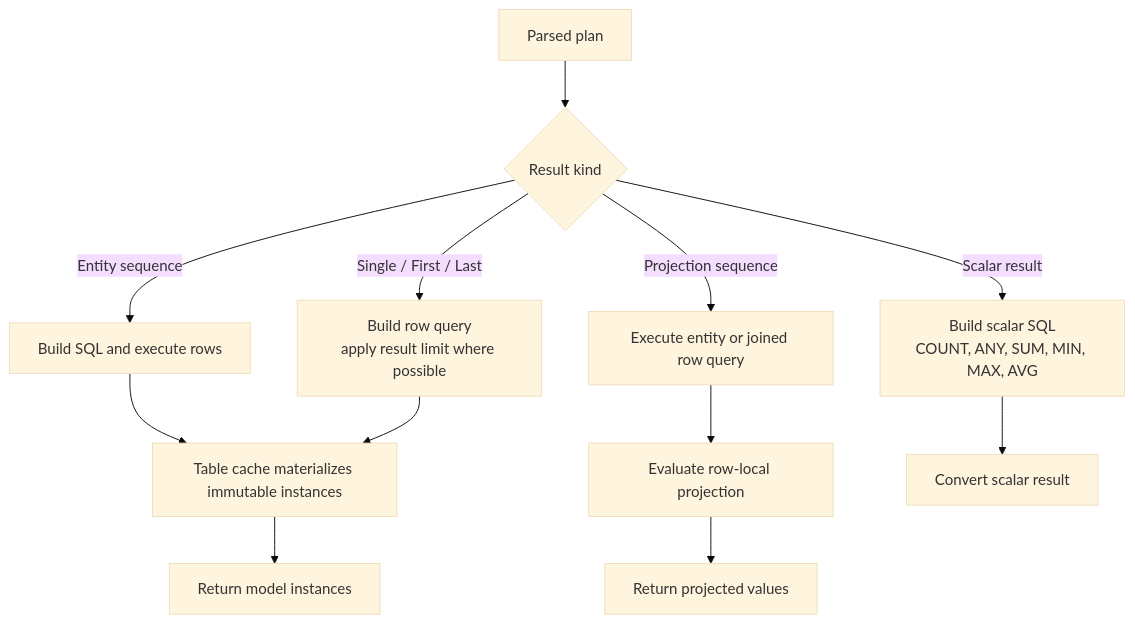
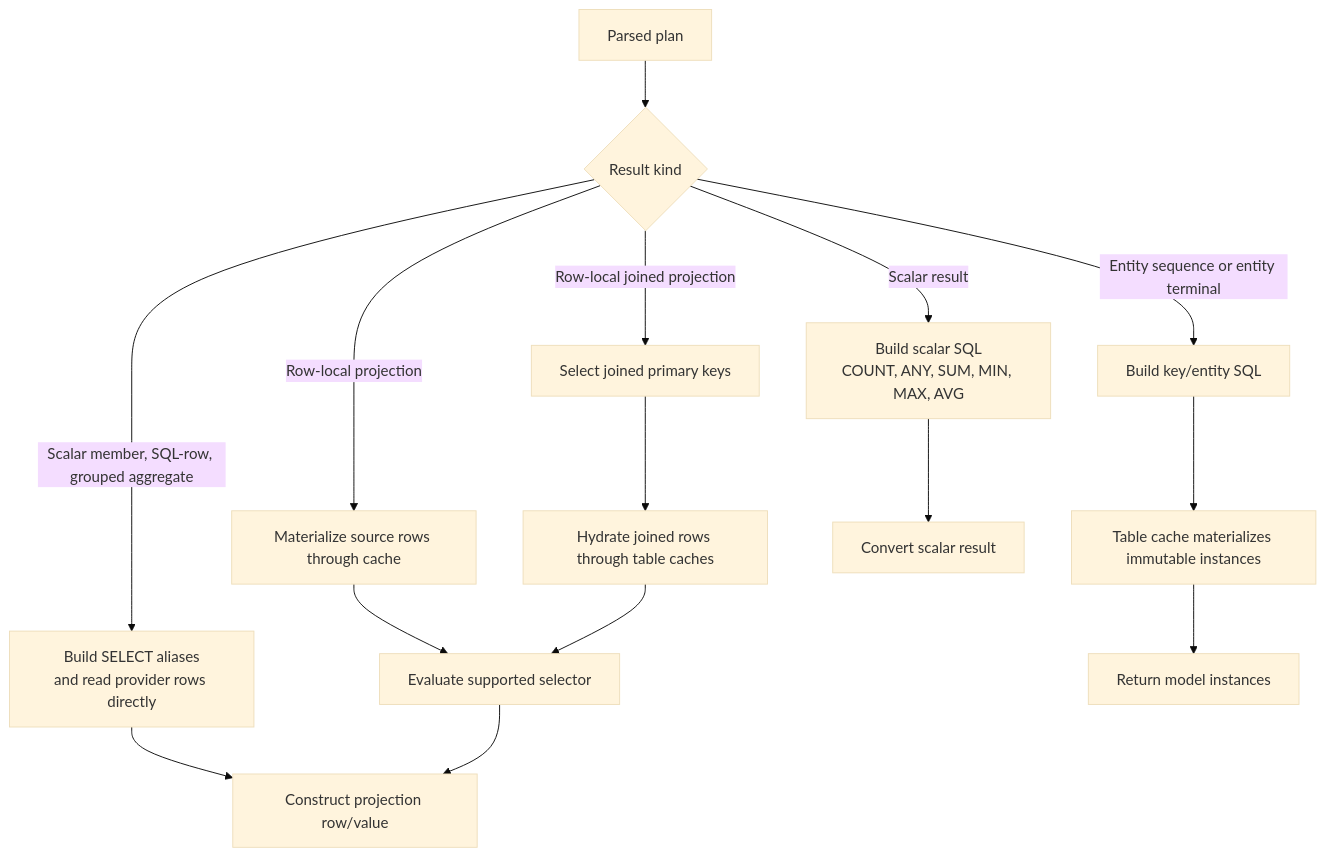
Before and after one commit to bazer/DataLinq: the seventh of 7 diagrams in docs/internals/LINQ Parser Architecture.md, drawn with Mermaid (base theme). The commit also changed other lines of this file and 4 other files, not shown here.

````diff
--- a/docs/internals/LINQ Parser Architecture.md
+++ b/docs/internals/LINQ Parser Architecture.md
@@ -254,14 +260,17 @@
 ```mermaid
 flowchart TD
     A["Parsed plan"] --> B{"Result kind"}
-    B -- "Entity sequence" --> C["Build SQL and execute rows"]
+    B -- "Entity sequence or entity terminal" --> C["Build key/entity SQL"]
     C --> D["Table cache materializes immutable instances"]
     B -- "Scalar result" --> E["Build scalar SQL<br/>COUNT, ANY, SUM, MIN, MAX, AVG"]
-    B -- "Single / First / Last" --> F["Build row query<br/>apply result limit where possible"]
-    F --> D
-    B -- "Projection sequence" --> G["Execute entity or joined row query"]
-    G --> H["Evaluate row-local projection"]
-    H --> I["Return projected values"]
-    D --> J["Return model instances"]
-    E --> K["Convert scalar result"]
+    B -- "Scalar member, SQL-row, grouped aggregate" --> F["Build SELECT aliases<br/>and read provider rows directly"]
+    B -- "Row-local projection" --> G["Materialize source rows through cache"]
+    G --> H["Evaluate supported selector"]
+    B -- "Row-local joined projection" --> I["Select joined primary keys"]
+    I --> J["Hydrate joined rows through table caches"]
+    J --> H
+    D --> K["Return model instances"]
+    E --> L["Convert scalar result"]
+    F --> M["Construct projection row/value"]
+    H --> M
 ```
````
